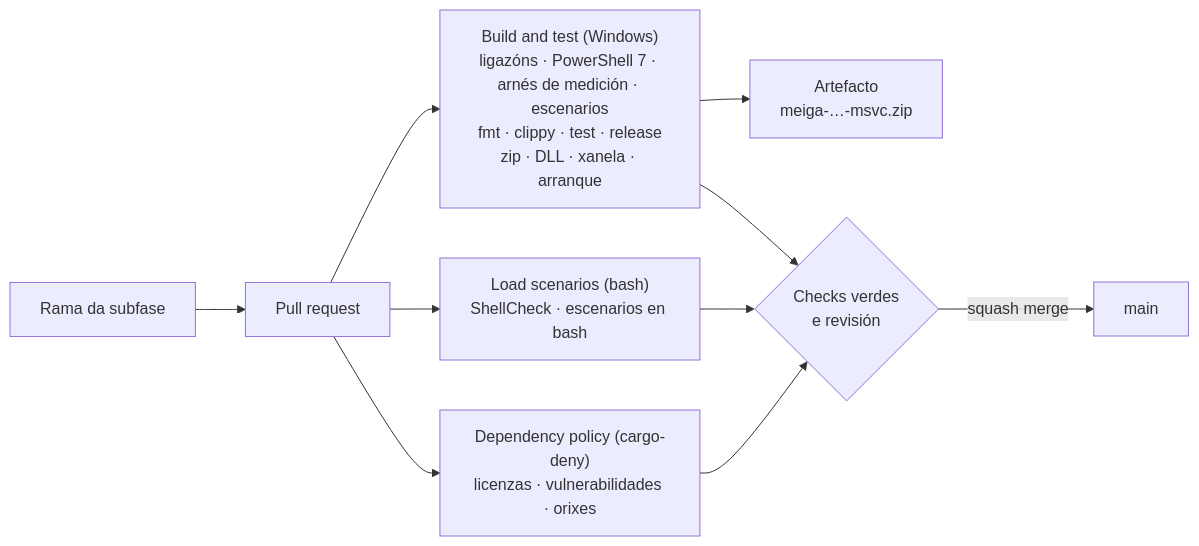
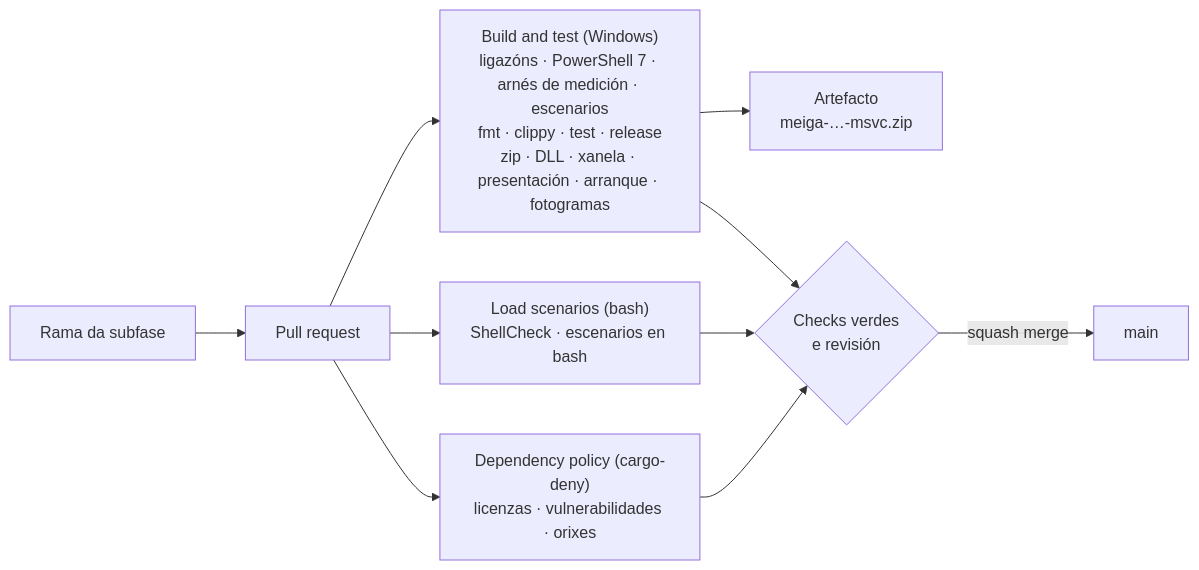
One commit to NewHouses/meiga changed the fourth of 6 diagrams in docs/arquitectura.md. Above: the diagram before and after it, drawn with Mermaid. The commit also changed other lines of this file and 43 other files, not shown here.

````diff
--- a/docs/arquitectura.md
+++ b/docs/arquitectura.md
@@ -111,12 +135,12 @@
 ```mermaid
 flowchart LR
     rama["Rama da subfase"] --> pr["Pull request"]
-    pr --> win["Build and test (Windows)<br/>ligazóns · PowerShell 7 · arnés de medición · escenarios<br/>fmt · clippy · test · release<br/>zip · DLL · xanela · arranque"]
+    pr --> win["Build and test (Windows)<br/>ligazóns · PowerShell 7 · arnés de medición · escenarios<br/>fmt · clippy · test · release<br/>zip · DLL · xanela · presentación · arranque · fotogramas"]
     pr --> scen["Load scenarios (bash)<br/>ShellCheck · escenarios en bash"]
     pr --> deny["Dependency policy (cargo-deny)<br/>licenzas · vulnerabilidades · orixes"]
     win --> art["Artefacto<br/>meiga-…-msvc.zip"]
     win --> ok{"Checks verdes<br/>e revisión"}
     scen --> ok
     deny --> ok
     ok -->|squash merge| main["main"]
 ```
````
